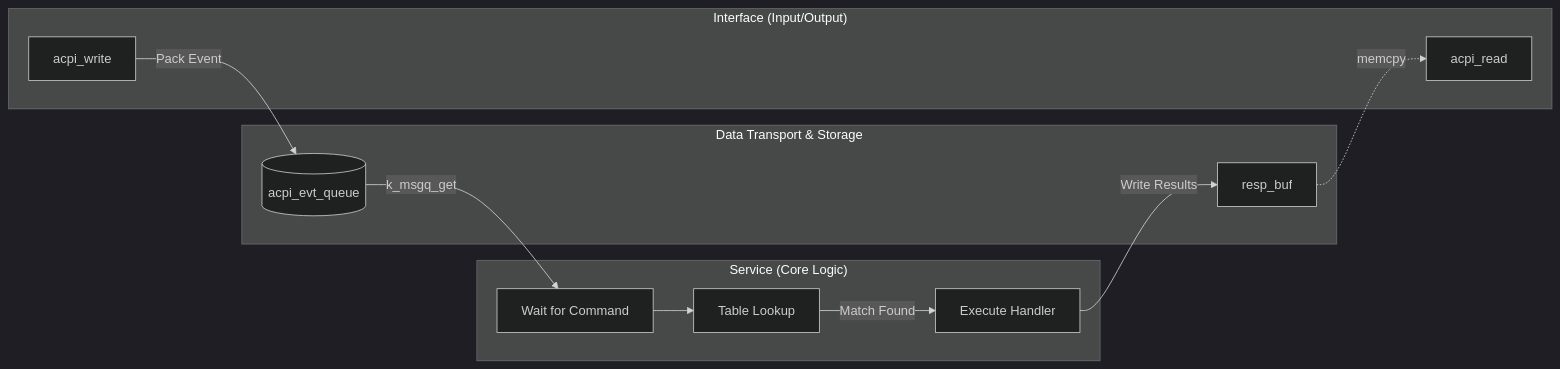
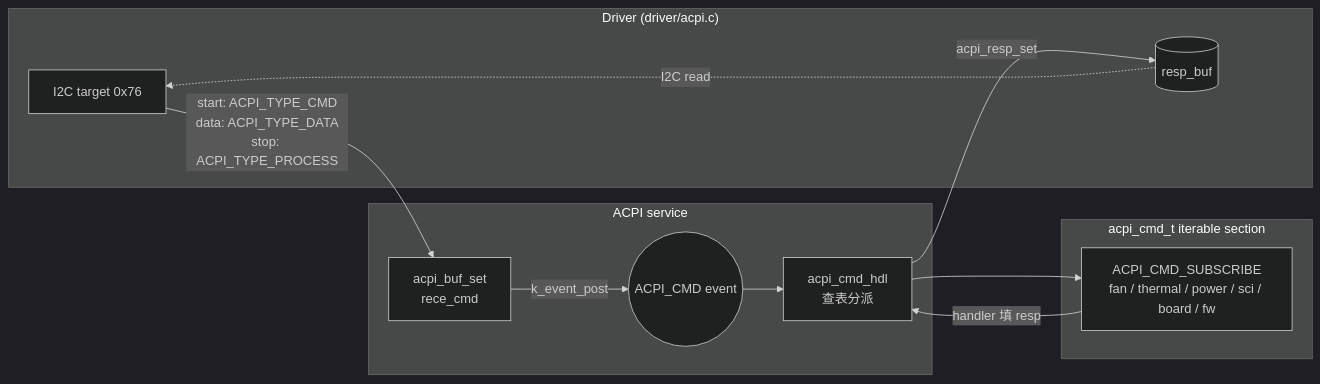
The diagram in service/acpi/readme.md (MCHP-Andy/ec_qualcomm), drawn with Mermaid (dark theme) before and after one commit. The commit also changed other lines of this file and 13 other files, not shown here.

````diff
--- a/service/acpi/readme.md
+++ b/service/acpi/readme.md
@@ -4,30 +24,25 @@
 ```mermaid
 graph LR
-    subgraph "Service (Core Logic)"
-        Wait[Wait for Command]
-        Search[Table Lookup]
-        Handle[Execute Handler]
+    subgraph "Driver (driver/acpi.c)"
+        I2C[I2C target 0x76]
+        RESP[(resp_buf)]
     end
 
-    subgraph "Data Transport & Storage"
-        MQ[(acpi_evt_queue)]
-        BUF[resp_buf]
+    subgraph "ACPI service"
+        BUF[acpi_buf_set<br/>rece_cmd]
+        EVT((ACPI_CMD event))
+        HDL[acpi_cmd_hdl<br/>查表分派]
     end
 
-    subgraph "Interface (Input/Output)"
-        IN[acpi_write] 
-        OUT[acpi_read]
+    subgraph "acpi_cmd_t iterable section"
+        TBL[ACPI_CMD_SUBSCRIBE<br/>fan / thermal / power / sci / board / fw]
     end
 
-    %% Input Flow
-    IN -->|Pack Event| MQ
-    MQ -->|k_msgq_get| Wait
-    
-    %% Handling Flow
-    Wait --> Search
-    Search -->|Match Found| Handle
-    
-    %% Output Flow
-    Handle -->|Write Results| BUF
-    BUF -.->|memcpy| OUT
+    I2C -->|start: ACPI_TYPE_CMD<br/>data: ACPI_TYPE_DATA<br/>stop: ACPI_TYPE_PROCESS| BUF
+    BUF -->|k_event_post| EVT
+    EVT --> HDL
+    HDL --> TBL
+    TBL -->|handler 填 resp| HDL
+    HDL -->|acpi_resp_set| RESP
+    RESP -.->|I2C read| I2C
 ```
````
